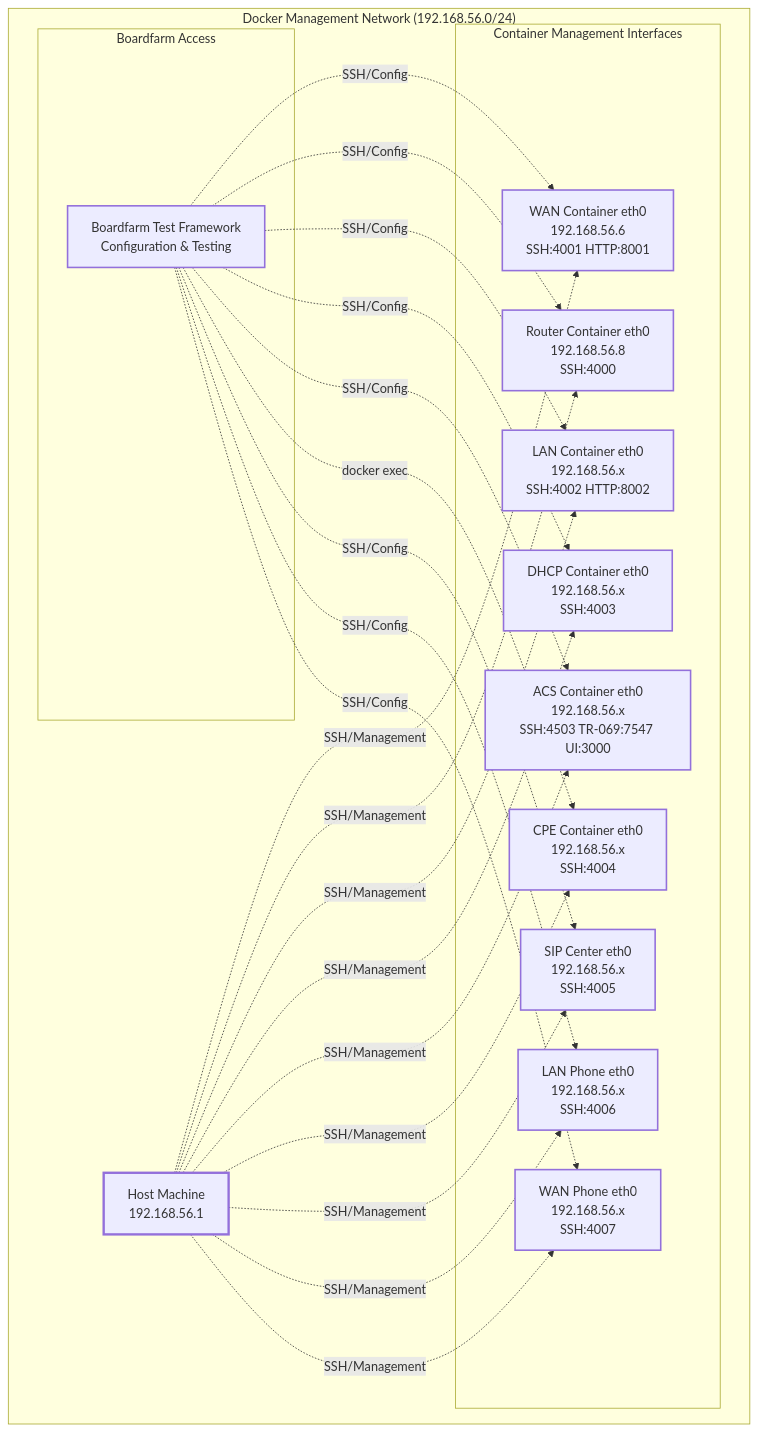
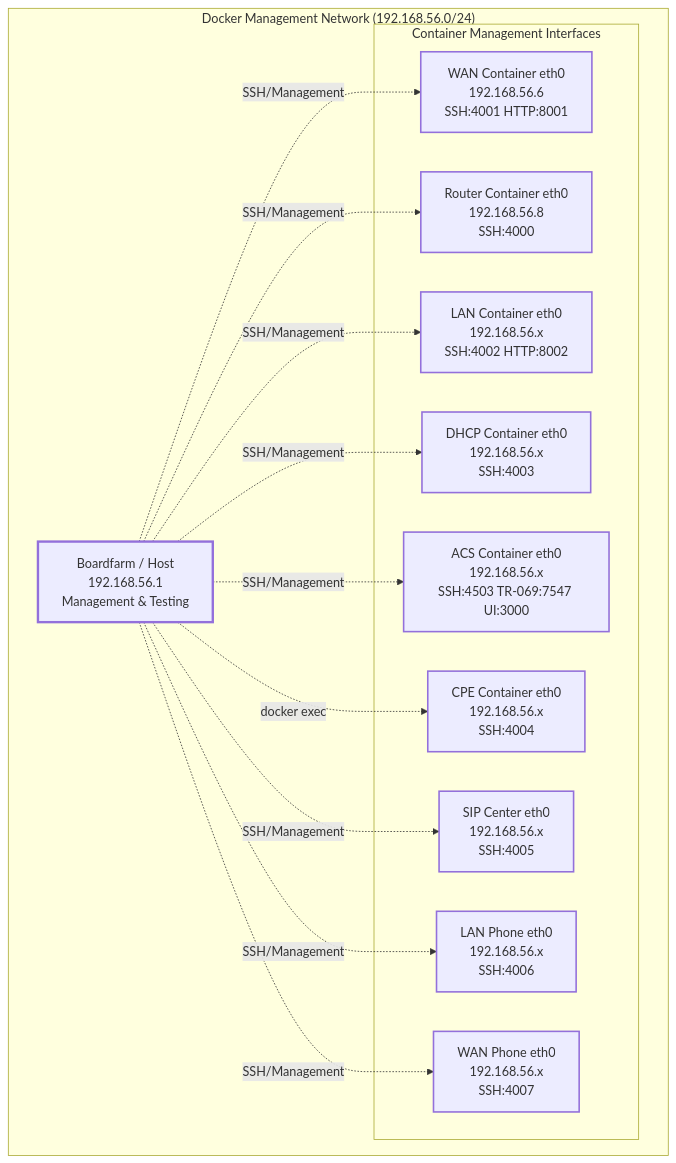
The first of 2 diagrams in docs/Testbed Network Topology.md (alottabits/boardfarm-bdd), drawn with Mermaid before and after one commit. The commit also changed other lines of this file, not shown here.

````diff
--- a/docs/Testbed Network Topology.md
+++ b/docs/Testbed Network Topology.md
@@ -34,52 +40,36 @@
 ```mermaid
 graph TB
     subgraph "Docker Management Network (192.168.56.0/24)"
-        HOST[Host Machine<br/>192.168.56.1]
+        MGMT[Boardfarm / Host<br/>192.168.56.1<br/>Management & Testing]
         
         subgraph "Container Management Interfaces"
             WAN_MGMT[WAN Container eth0<br/>192.168.56.6<br/>SSH:4001 HTTP:8001]
             ROUTER_MGMT[Router Container eth0<br/>192.168.56.8<br/>SSH:4000]
             LAN_MGMT[LAN Container eth0<br/>192.168.56.x<br/>SSH:4002 HTTP:8002]
             DHCP_MGMT[DHCP Container eth0<br/>192.168.56.x<br/>SSH:4003]
             ACS_MGMT[ACS Container eth0<br/>192.168.56.x<br/>SSH:4503 TR-069:7547 UI:3000]
             CPE_MGMT[CPE Container eth0<br/>192.168.56.x<br/>SSH:4004]
             SIP_MGMT[SIP Center eth0<br/>192.168.56.x<br/>SSH:4005]
             LAN_PHONE_MGMT[LAN Phone eth0<br/>192.168.56.x<br/>SSH:4006]
             WAN_PHONE_MGMT[WAN Phone eth0<br/>192.168.56.x<br/>SSH:4007]
         end
-        
-        subgraph "Boardfarm Access"
-            BOARDFARM[Boardfarm Test Framework<br/>Configuration & Testing]
-        end
     end
     
     %% Management Connections
-    HOST -.->|SSH/Management| WAN_MGMT
-    HOST -.->|SSH/Management| ROUTER_MGMT
-    HOST -.->|SSH/Management| LAN_MGMT
-    HOST -.->|SSH/Management| DHCP_MGMT
-    HOST -.->|SSH/Management| ACS_MGMT
-    HOST -.->|SSH/Management| CPE_MGMT
-    HOST -.->|SSH/Management| SIP_MGMT
-    HOST -.->|SSH/Management| LAN_PHONE_MGMT
-    HOST -.->|SSH/Management| WAN_PHONE_MGMT
-    
-    BOARDFARM -.->|SSH/Config| WAN_MGMT
-    BOARDFARM -.->|SSH/Config| ROUTER_MGMT
-    BOARDFARM -.->|SSH/Config| LAN_MGMT
-    BOARDFARM -.->|SSH/Config| DHCP_MGMT
-    BOARDFARM -.->|SSH/Config| ACS_MGMT
-    BOARDFARM -.->|docker exec| CPE_MGMT
-    BOARDFARM -.->|SSH/Config| SIP_MGMT
-    BOARDFARM -.->|SSH/Config| LAN_PHONE_MGMT
-    BOARDFARM -.->|SSH/Config| WAN_PHONE_MGMT
+    MGMT -.->|SSH/Management| WAN_MGMT
+    MGMT -.->|SSH/Management| ROUTER_MGMT
+    MGMT -.->|SSH/Management| LAN_MGMT
+    MGMT -.->|SSH/Management| DHCP_MGMT
+    MGMT -.->|SSH/Management| ACS_MGMT
+    MGMT -.->|docker exec| CPE_MGMT
+    MGMT -.->|SSH/Management| SIP_MGMT
+    MGMT -.->|SSH/Management| LAN_PHONE_MGMT
+    MGMT -.->|SSH/Management| WAN_PHONE_MGMT
     
     %% Styling - Using default theme for automatic light/dark mode support
-    classDef host stroke-width:3px
+    classDef mgmt stroke-width:3px
     classDef management stroke-width:2px
-    classDef boardfarm stroke-width:2px
     
-    class HOST host
+    class MGMT mgmt
     class WAN_MGMT,ROUTER_MGMT,LAN_MGMT,DHCP_MGMT,ACS_MGMT,CPE_MGMT,SIP_MGMT,LAN_PHONE_MGMT,WAN_PHONE_MGMT management
-    class BOARDFARM boardfarm
 ```
````
